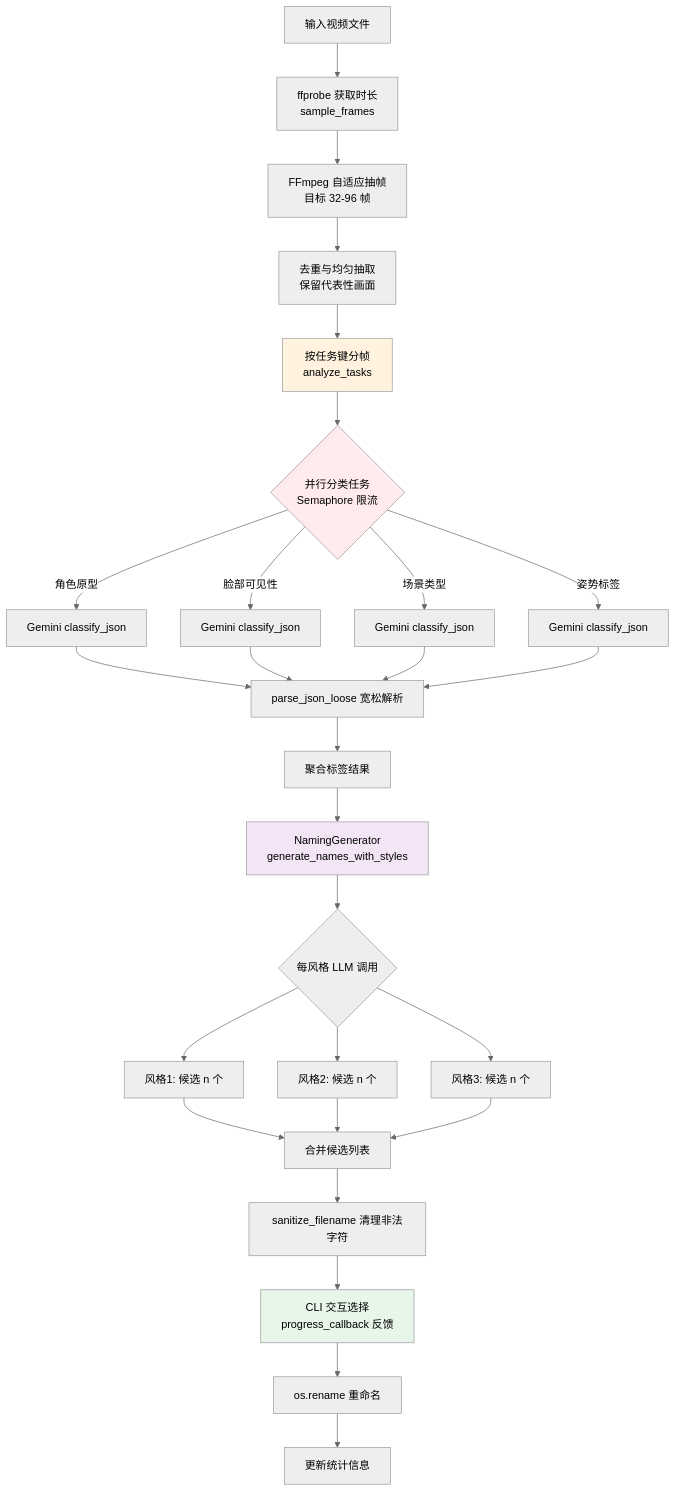
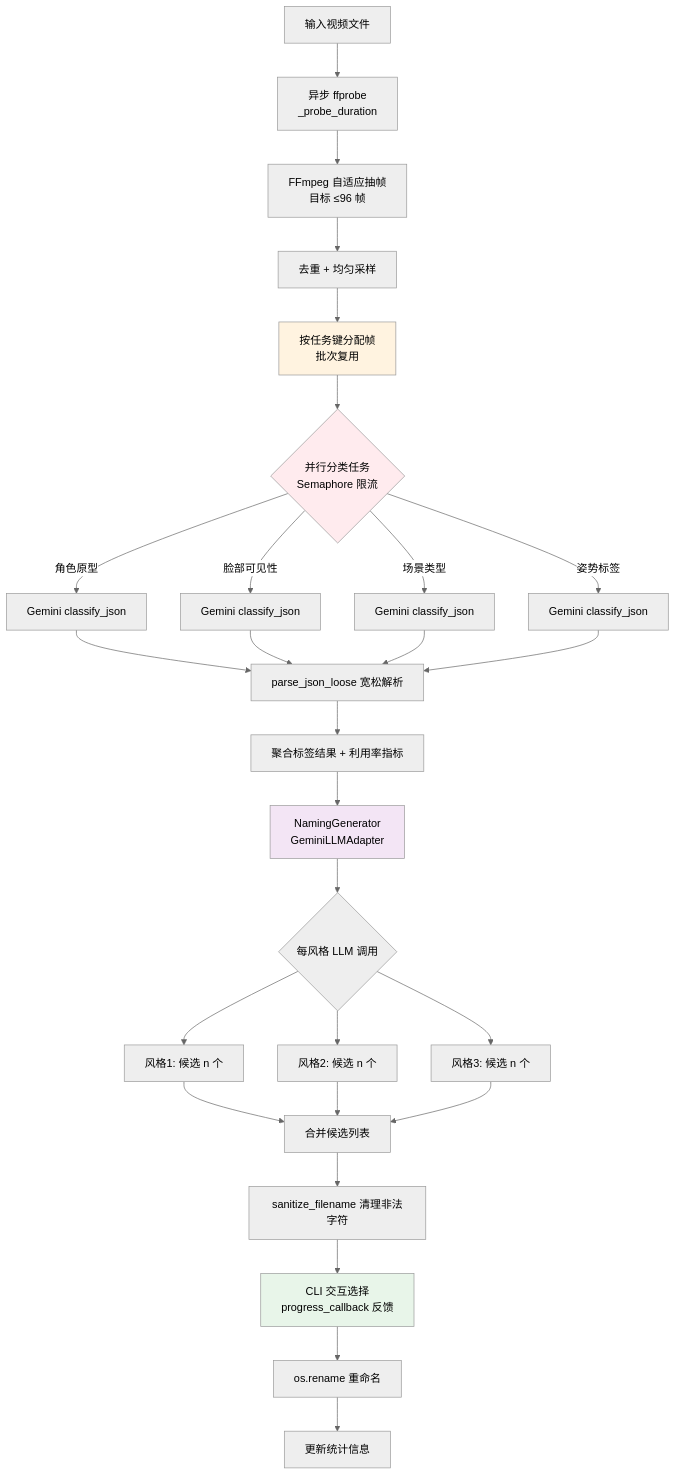
Before and after one commit to zhu-jl18/gemini-porn-renamer: the second of 3 diagrams in README.md, drawn with Mermaid (neutral theme). The commit also changed other lines of this file and 12 other files, not shown here.

````diff
--- a/README.md
+++ b/README.md
@@ -81,34 +85,34 @@
 ```mermaid
 flowchart TD
-    A[输入视频文件] --> B[ffprobe 获取时长<br/>sample_frames]
-    B --> C[FFmpeg 自适应抽帧<br/>目标 32-96 帧]
-    C --> D[去重与均匀抽取<br/>保留代表性画面]
-    D --> E[按任务键分帧<br/>analyze_tasks]
+    A[输入视频文件] --> B[异步 ffprobe<br/>_probe_duration]
+    B --> C[FFmpeg 自适应抽帧<br/>目标 ≤96 帧]
+    C --> D[去重 + 均匀采样]
+    D --> E[按任务键分配帧<br/>批次复用]
     E --> F{并行分类任务<br/>Semaphore 限流}
     F -->|角色原型| G1[Gemini classify_json]
     F -->|脸部可见性| G2[Gemini classify_json]
     F -->|场景类型| G3[Gemini classify_json]
     F -->|姿势标签| G4[Gemini classify_json]
     G1 --> H[parse_json_loose 宽松解析]
     G2 --> H
     G3 --> H
     G4 --> H
-    H --> I[聚合标签结果]
-    I --> J[NamingGenerator<br/>generate_names_with_styles]
+    H --> I[聚合标签结果 + 利用率指标]
+    I --> J[NamingGenerator<br/>GeminiLLMAdapter]
     J --> K{每风格 LLM 调用}
     K --> L1[风格1: 候选 n 个]
     K --> L2[风格2: 候选 n 个]
     K --> L3[风格3: 候选 n 个]
     L1 --> M[合并候选列表]
     L2 --> M
     L3 --> M
     M --> N[sanitize_filename 清理非法字符]
     N --> O[CLI 交互选择<br/>progress_callback 反馈]
     O --> P[os.rename 重命名]
     P --> Q[更新统计信息]
 
     style E fill:#fff3e0
     style F fill:#ffebee
     style J fill:#f3e5f5
     style O fill:#e8f5e9
 ```
````
